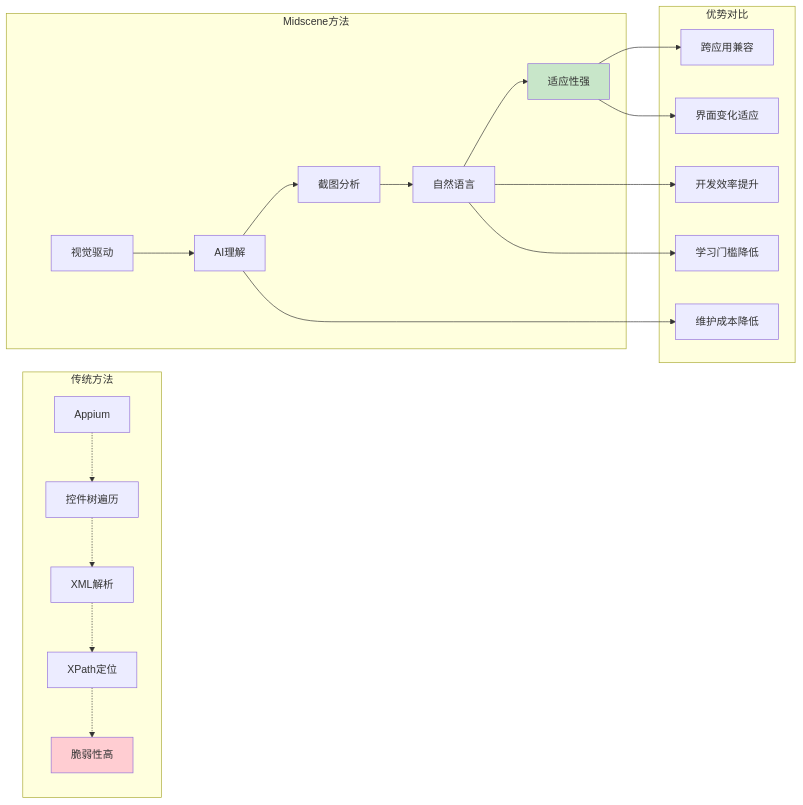
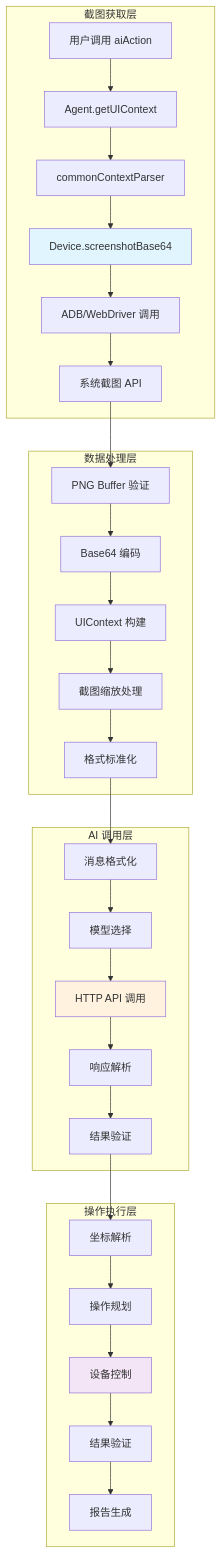
Before and after one commit to zhuozp/AI-UI-: the seventh of 9 diagrams in README.md, drawn with Mermaid. The commit also changed other lines of this file, not shown here.

````diff
--- a/README.md
+++ b/README.md
@@ -424,37 +469,44 @@
 ```mermaid
-graph LR
-    subgraph "传统方法"
-        A1[Appium]
-        A2[控件树遍历]
-        A3[XML解析]
-        A4[XPath定位]
-        A5[脆弱性高]
+graph TB
+    subgraph "截图获取层"
+        S1[用户调用 aiAction]
+        S2[Agent.getUIContext]
+        S3[commonContextParser]
+        S4[Device.screenshotBase64]
+        S5[ADB/WebDriver 调用]
+        S6[系统截图 API]
     end
     
-    subgraph "Midscene方法"
-        B1[视觉驱动]
-        B2[AI理解]
-        B3[截图分析]
-        B4[自然语言]
-        B5[适应性强]
+    subgraph "数据处理层"
+        D1[PNG Buffer 验证]
+        D2[Base64 编码]
+        D3[UIContext 构建]
+        D4[截图缩放处理]
+        D5[格式标准化]
     end
     
-    subgraph "优势对比"
-        C1[跨应用兼容]
-        C2[界面变化适应]
-        C3[开发效率提升]
-        C4[维护成本降低]
-        C5[学习门槛降低]
+    subgraph "AI 调用层"
+        A1[消息格式化]
+        A2[模型选择]
+        A3[HTTP API 调用]
+        A4[响应解析]
+        A5[结果验证]
     end
     
-    A1 -.-> A2 -.-> A3 -.-> A4 -.-> A5
-    B1 --> B2 --> B3 --> B4 --> B5
-    B5 --> C1
-    B5 --> C2
-    B4 --> C3
-    B2 --> C4
-    B4 --> C5
+    subgraph "操作执行层"
+        E1[坐标解析]
+        E2[操作规划]
+        E3[设备控制]
+        E4[结果验证]
+        E5[报告生成]
+    end
     
-    style A5 fill:#ffcdd2
-    style B5 fill:#c8e6c9
+    S1 --> S2 --> S3 --> S4 --> S5 --> S6
+    S6 --> D1 --> D2 --> D3 --> D4 --> D5
+    D5 --> A1 --> A2 --> A3 --> A4 --> A5
+    A5 --> E1 --> E2 --> E3 --> E4 --> E5
+    
+    style S4 fill:#e1f5fe
+    style A3 fill:#fff3e0
+    style E3 fill:#f3e5f5
 ```
````
